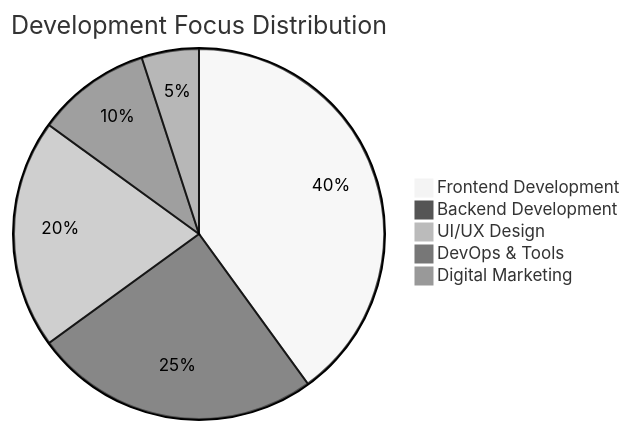
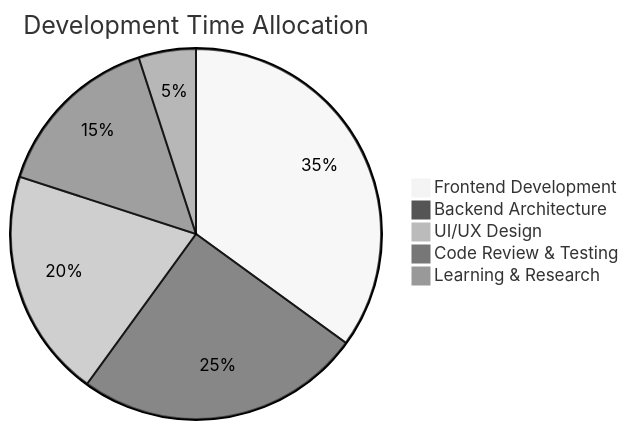
Before and after one commit to Ridoan-75/Ridoan-75: the diagram in README.md, drawn with Mermaid (neutral theme). The commit also changed other lines of this file, not shown here.

````diff
--- a/README.md
+++ b/README.md
@@ -157,8 +181,8 @@
 ```mermaid
-pie title Development Focus Distribution
-    "Frontend Development" : 40
-    "Backend Development" : 25
+pie title Development Time Allocation
+    "Frontend Development" : 35
+    "Backend Architecture" : 25
     "UI/UX Design" : 20
-    "DevOps & Tools" : 10
-    "Digital Marketing" : 5
+    "Code Review & Testing" : 15
+    "Learning & Research" : 5
 ```
````
